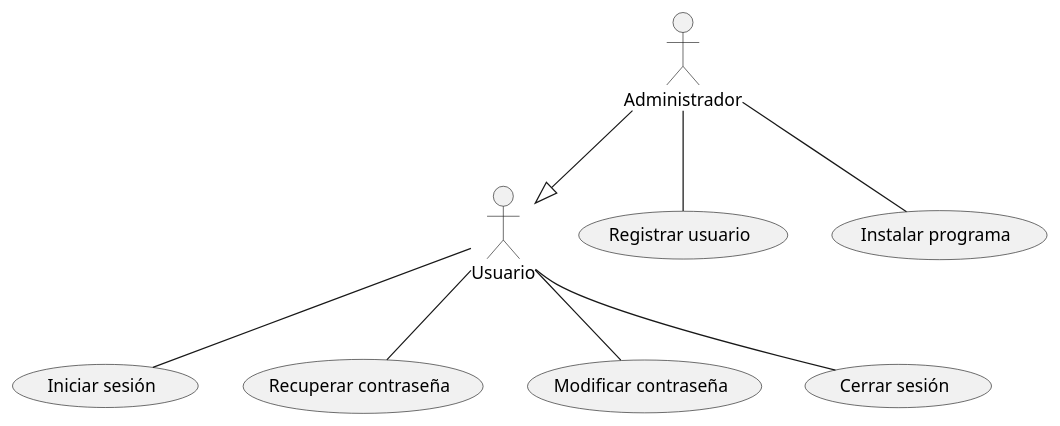
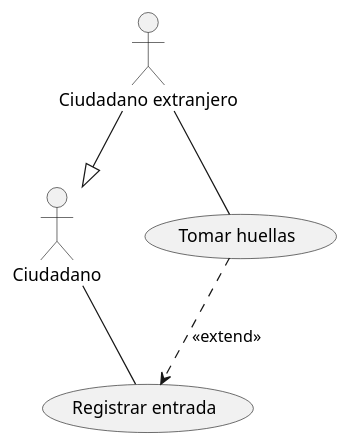
Before and after one commit to JaimeSoftDev/Practica1UD12UML-Jaime-Macia-Mora: the diagram in Practica1UD12/src/PrimeraPracticaUML.puml, drawn with PlantUML.

Commit message:
Puesto fronterizo

```diff
--- a/Practica1UD12/src/PrimeraPracticaUML.puml
+++ b/Practica1UD12/src/PrimeraPracticaUML.puml
@@ -1,18 +1,13 @@
 @startuml
-:Usuario: as actor1
-:Administrador: as actor2
+:Ciudadano: as actor1
+:Ciudadano extranjero: as actor2
 
-(Iniciar sesión) as UC1
-(Recuperar contraseña) as UC2
-(Modificar contraseña) as UC3
-(Cerrar sesión) as UC4
-(Registrar usuario) as UC5
-(Instalar programa) as UC6
+(Registrar entrada) as UC1
+(Tomar huellas) as UC2
+
 actor2 --|> actor1
 actor1 -- UC1
-actor1 -- UC2
-actor1 -- UC3
-actor1 -- UC4
-actor2 -- UC5
-actor2 -- UC6
+actor2 -- UC2
+UC2 ..> UC1 : <<extend>>
+
 @enduml
```
